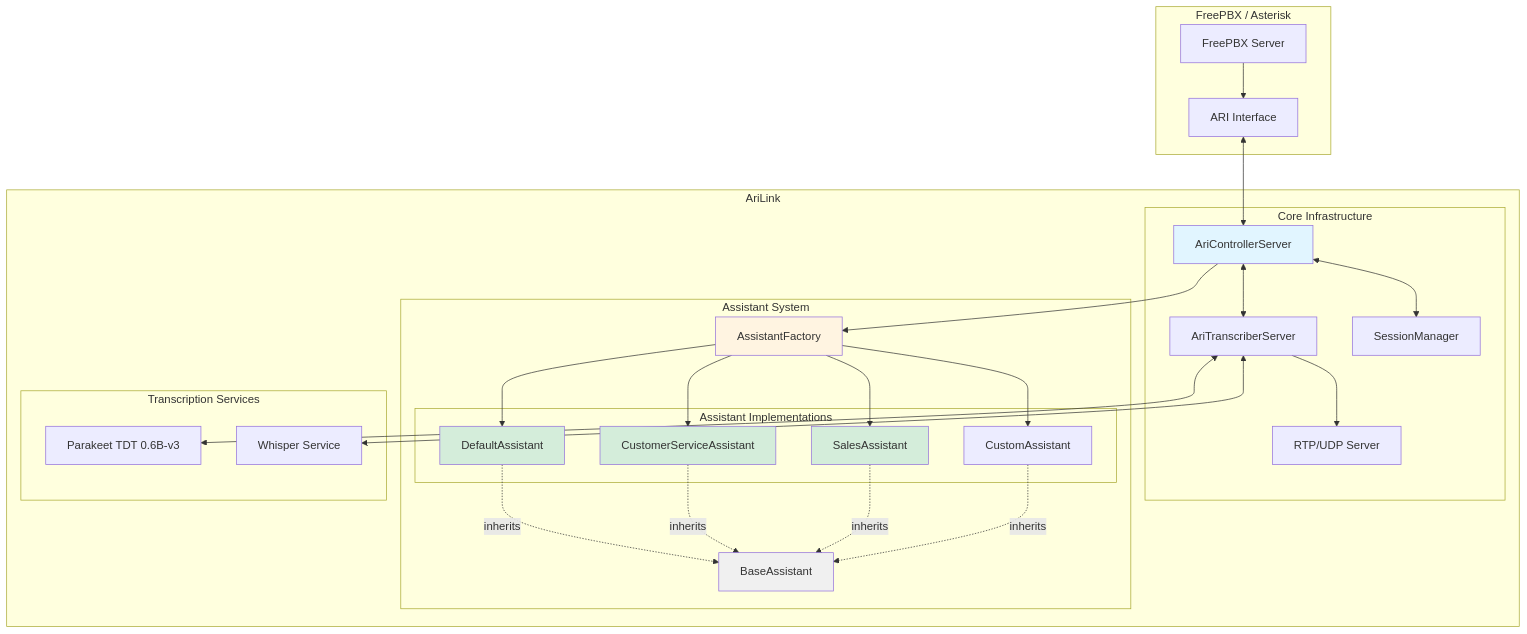
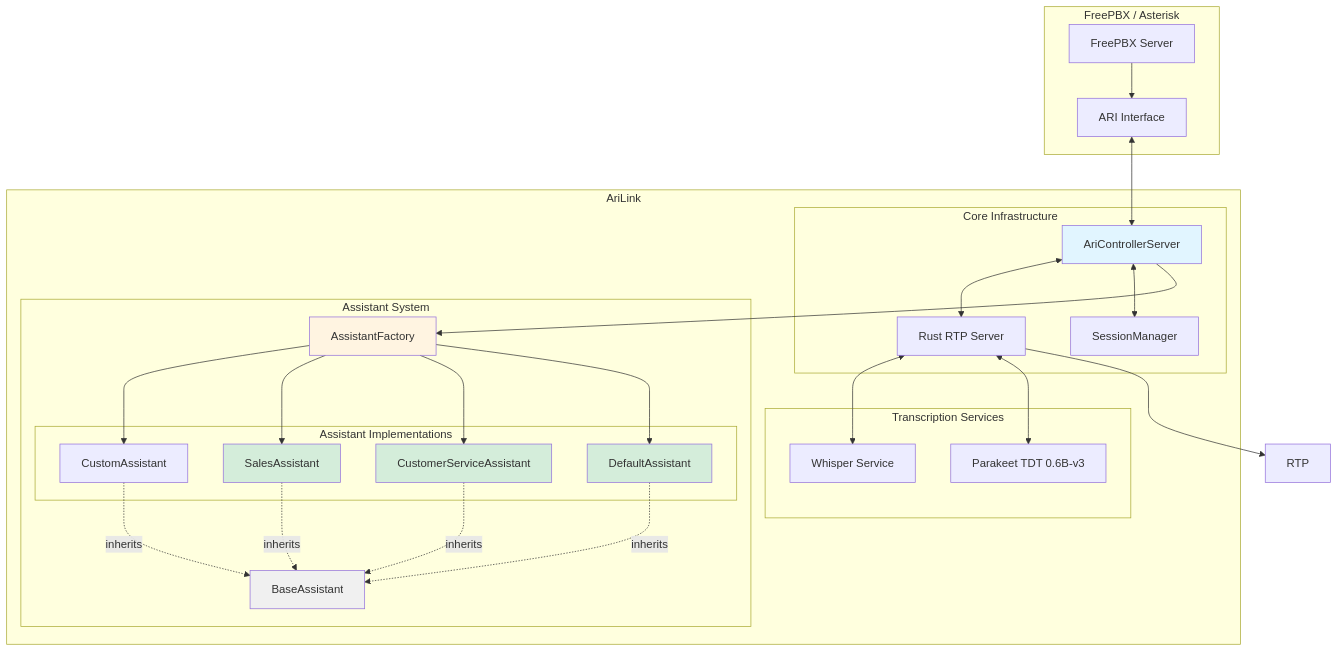
The first of 5 diagrams in docs/ASSISTANT-ARCHITECTURE.md (alexiokay/AriLink), drawn with Mermaid before and after one commit. The commit also changed other lines of this file and 142 other files, not shown here.

````diff
--- a/docs/ASSISTANT-ARCHITECTURE.md
+++ b/docs/ASSISTANT-ARCHITECTURE.md
@@ -35,60 +35,59 @@
 ```mermaid
 graph TB
     subgraph "FreePBX / Asterisk"
         PBX[FreePBX Server]
         ARI[ARI Interface]
     end
 
     subgraph "AriLink"
         subgraph "Core Infrastructure"
             Controller[AriControllerServer]
-            Transcriber[AriTranscriberServer]
             Manager[SessionManager]
-            RTP[RTP/UDP Server]
+            RustRTP[Rust RTP Server]
         end
 
         subgraph "Assistant System"
             Factory[AssistantFactory]
             Base[BaseAssistant]
 
             subgraph "Assistant Implementations"
                 Default[DefaultAssistant]
                 CS[CustomerServiceAssistant]
                 Sales[SalesAssistant]
                 Custom[CustomAssistant]
             end
         end
 
         subgraph "Transcription Services"
             Parakeet[Parakeet TDT 0.6B-v3]
             Whisper[Whisper Service]
         end
     end
 
     PBX --> ARI
     ARI <--> Controller
     Controller --> Factory
     Factory --> Default
     Factory --> CS
     Factory --> Sales
     Factory --> Custom
 
     Default -.inherits.-> Base
     CS -.inherits.-> Base
     Sales -.inherits.-> Base
     Custom -.inherits.-> Base
 
     Controller <--> Manager
-    Transcriber --> RTP
-    Transcriber <--> Parakeet
-    Transcriber <--> Whisper
+    RustRTP --> RTP
+    RustRTP <--> Parakeet
+    RustRTP <--> Whisper
 
-    Controller <--> Transcriber
+    Controller <--> RustRTP
 
     style Controller fill:#e1f5ff
     style Factory fill:#fff4e1
     style Base fill:#f0f0f0
     style Default fill:#d4edda
     style CS fill:#d4edda
     style Sales fill:#d4edda
 ```
````
